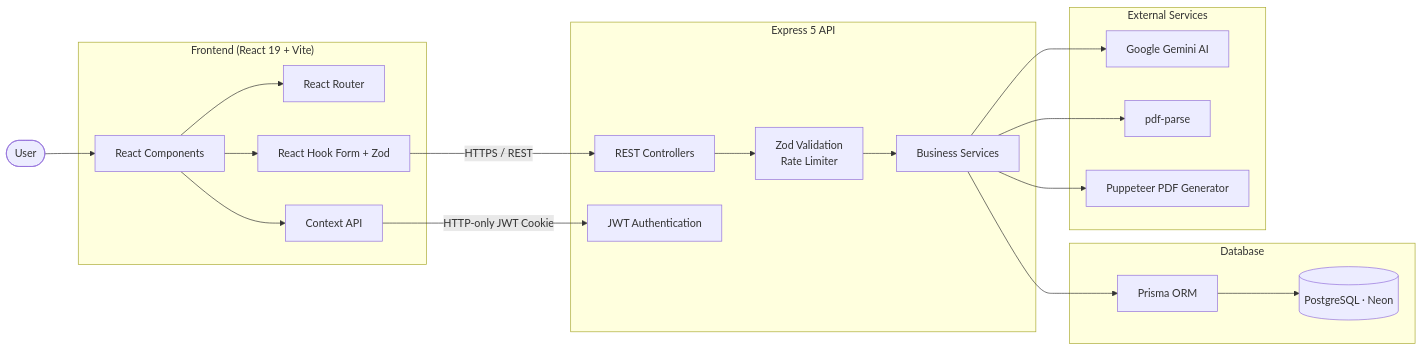
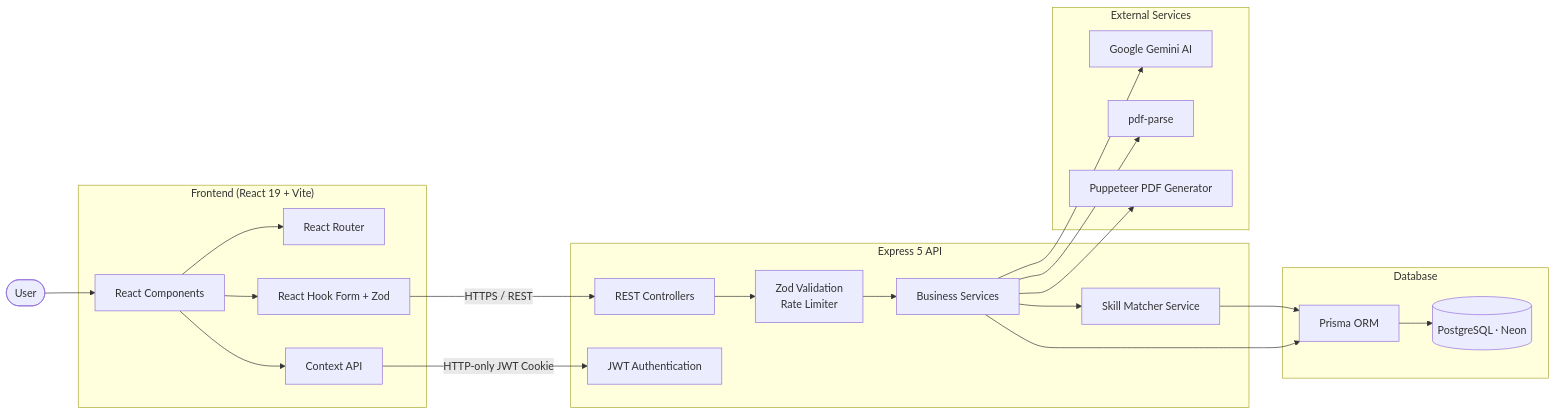
Before and after one commit to SahilSameer18/skillbridgeAI: the diagram in README.md, drawn with Mermaid. The commit also changed other lines of this file and 3 other files, not shown here.

````diff
--- a/README.md
+++ b/README.md
@@ -50,48 +51,51 @@
 ```mermaid
 flowchart LR
 
     User([User])
 
     subgraph Frontend["Frontend (React 19 + Vite)"]
         UI[React Components]
         Router[React Router]
         Context[Context API]
         Forms[React Hook Form + Zod]
     end
 
     subgraph Backend["Express 5 API"]
         API[REST Controllers]
         Auth[JWT Authentication]
         Middleware[Zod Validation<br/>Rate Limiter]
         Services[Business Services]
+        Matcher[Skill Matcher Service]
     end
 
     subgraph Database["Database"]
         Prisma[Prisma ORM]
         DB[(PostgreSQL · Neon)]
     end
 
     subgraph External["External Services"]
         Gemini[Google Gemini AI]
         Parser[pdf-parse]
         PDF[Puppeteer PDF Generator]
     end
 
     User --> UI
     UI --> Router
     UI --> Context
     UI --> Forms
 
     Forms -->|HTTPS / REST| API
     Context -->|HTTP-only JWT Cookie| Auth
 
     API --> Middleware
     Middleware --> Services
 
-    Services --> Prisma
-    Prisma --> DB
-
     Services --> Gemini
     Services --> Parser
     Services --> PDF
+    Services --> Matcher
+
+    Matcher --> Prisma
+    Services --> Prisma
+    Prisma --> DB
 ```
````
